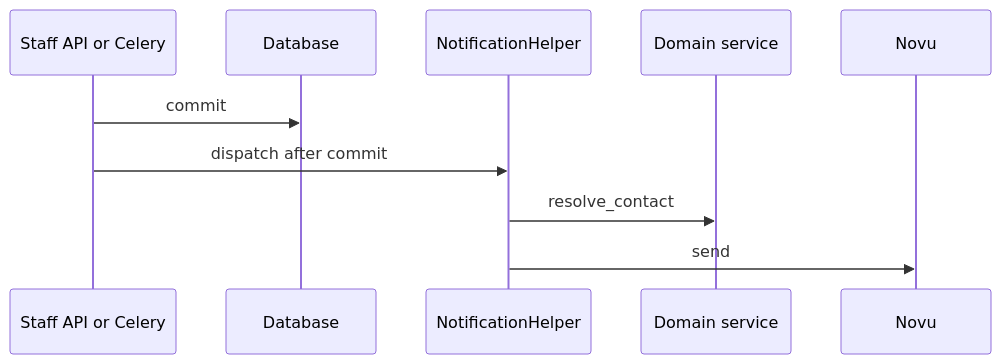
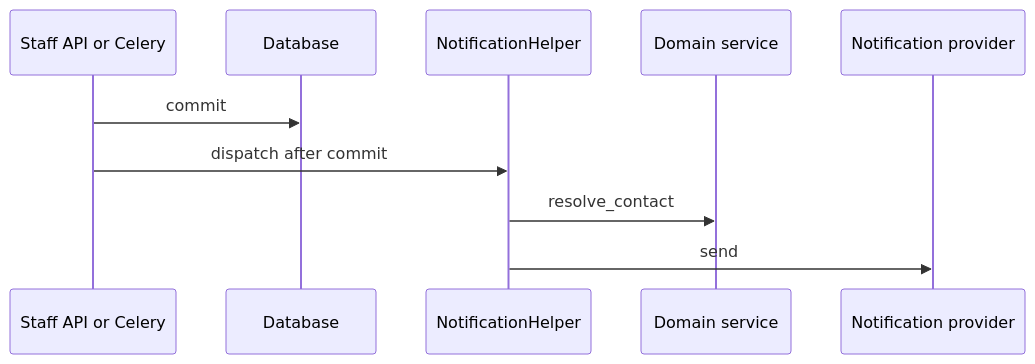
The third of 4 diagrams in platform/platform-services/notifications/architecture.md (OpenG2P/openg2p-documentation), drawn with Mermaid before and after one commit. The commit also changed other lines of this file and 14 other files, not shown here.

````diff
--- a/platform/platform-services/notifications/architecture.md
+++ b/platform/platform-services/notifications/architecture.md
@@ -52,12 +72,12 @@
 ```mermaid
 sequenceDiagram
   participant API as Staff API or Celery
   participant DB as Database
   participant Helper as NotificationHelper
   participant Domain as Domain service
-  participant Novu as Novu
+  participant Provider as Notification provider
   API->>DB: commit
   API->>Helper: dispatch after commit
   Helper->>Domain: resolve_contact
-  Helper->>Novu: send
+  Helper->>Provider: send
 ```
````
